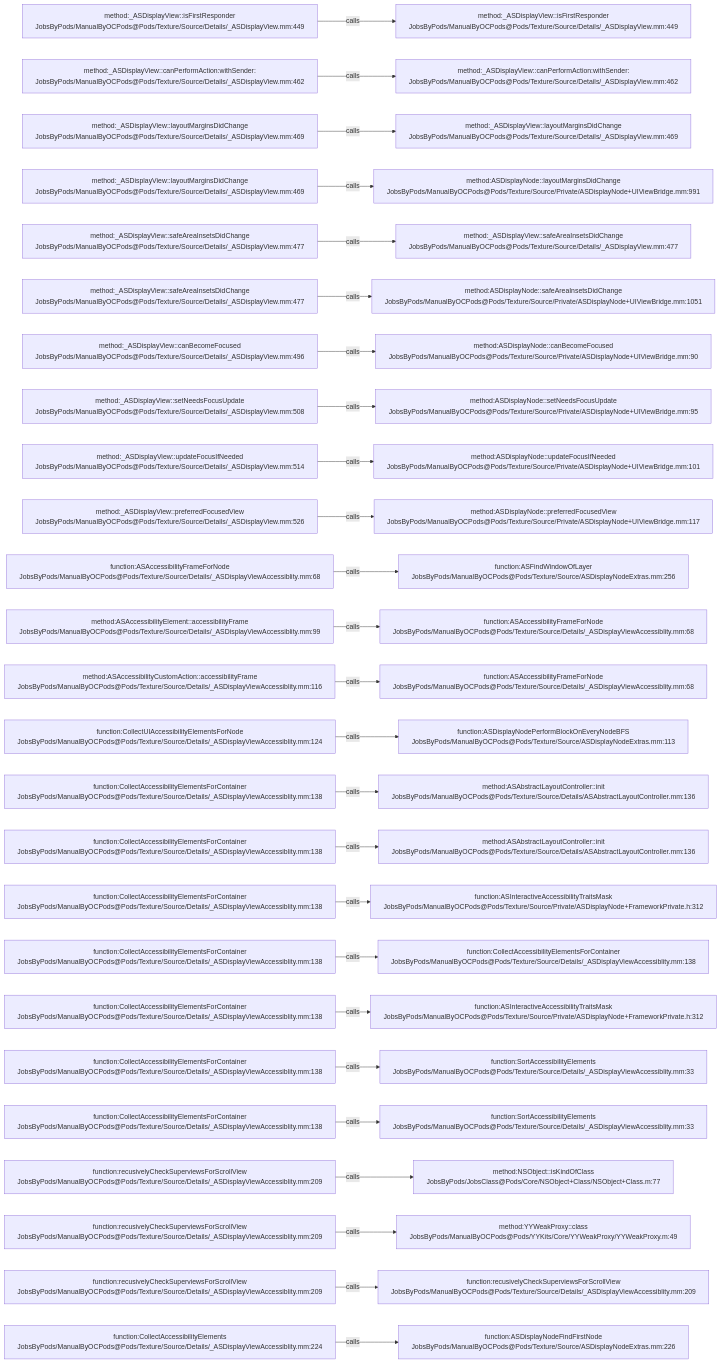
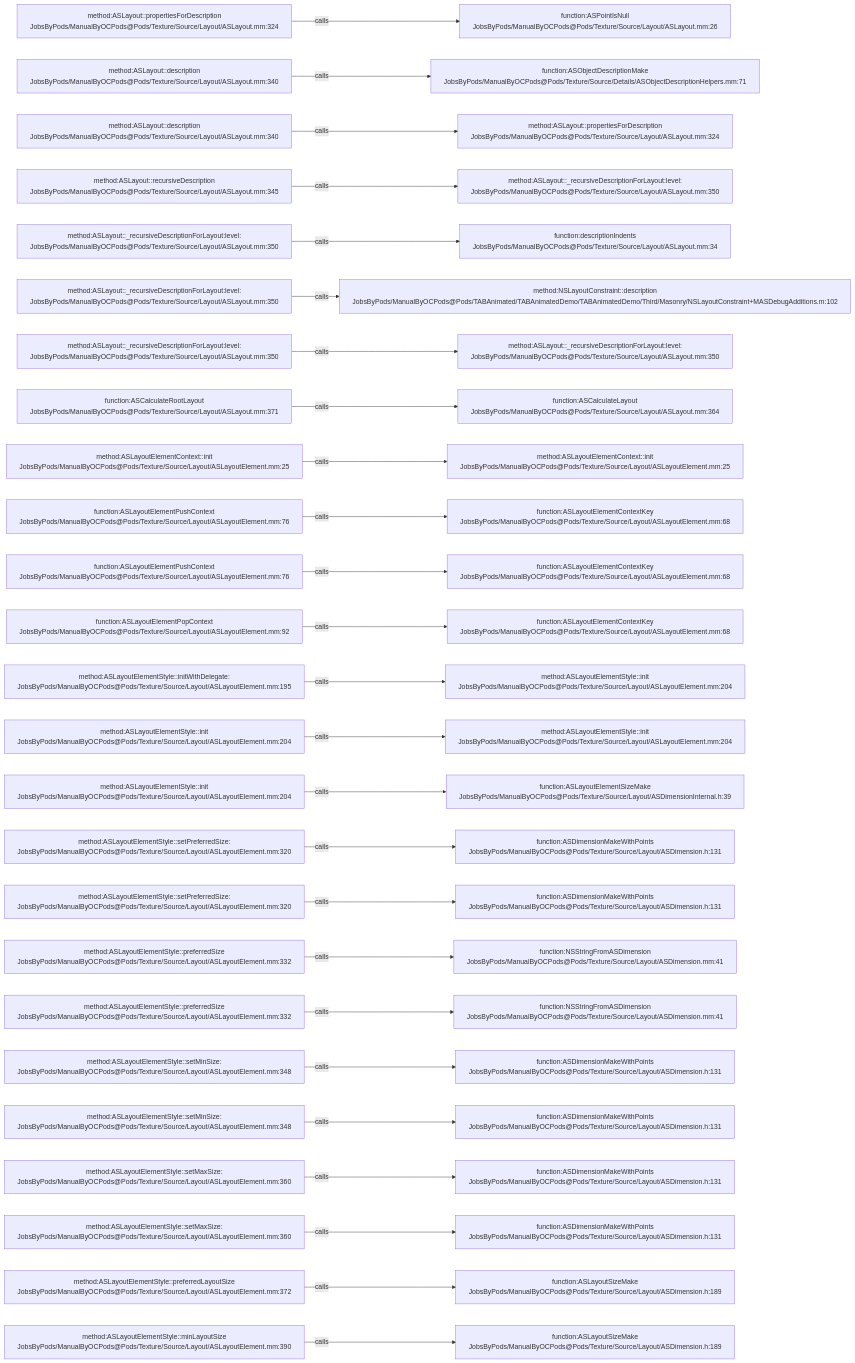
Before and after one commit to JobsKits/JobsOCBaseConfigDemo: the diagram in .codegraph/codegraph.md/graphs/calls-181.md, drawn with Mermaid. The commit also changed 1223 other files, not shown here.

````diff
--- a/.codegraph/codegraph.md/graphs/calls-181.md
+++ b/.codegraph/codegraph.md/graphs/calls-181.md
@@ -13,78 +13,78 @@
 ```mermaid
 flowchart LR
-  S1["method:_ASDisplayView::isFirstResponder<br/>JobsByPods/ManualByOCPods@Pods/Texture/Source/Details/_ASDisplayView.mm:449"]
-  T1["method:_ASDisplayView::isFirstResponder<br/>JobsByPods/ManualByOCPods@Pods/Texture/Source/Details/_ASDisplayView.mm:449"]
+  S1["method:ASLayout::propertiesForDescription<br/>JobsByPods/ManualByOCPods@Pods/Texture/Source/Layout/ASLayout.mm:324"]
+  T1["function:ASPointIsNull<br/>JobsByPods/ManualByOCPods@Pods/Texture/Source/Layout/ASLayout.mm:26"]
   S1 -->|calls| T1
-  S2["method:_ASDisplayView::canPerformAction:withSender:<br/>JobsByPods/ManualByOCPods@Pods/Texture/Source/Details/_ASDisplayView.mm:462"]
-  T2["method:_ASDisplayView::canPerformAction:withSender:<br/>JobsByPods/ManualByOCPods@Pods/Texture/Source/Details/_ASDisplayView.mm:462"]
+  S2["method:ASLayout::description<br/>JobsByPods/ManualByOCPods@Pods/Texture/Source/Layout/ASLayout.mm:340"]
+  T2["function:ASObjectDescriptionMake<br/>JobsByPods/ManualByOCPods@Pods/Texture/Source/Details/ASObjectDescriptionHelpers.mm:71"]
   S2 -->|calls| T2
-  S3["method:_ASDisplayView::layoutMarginsDidChange<br/>JobsByPods/ManualByOCPods@Pods/Texture/Source/Details/_ASDisplayView.mm:469"]
-  T3["method:_ASDisplayView::layoutMarginsDidChange<br/>JobsByPods/ManualByOCPods@Pods/Texture/Source/Details/_ASDisplayView.mm:469"]
+  S3["method:ASLayout::description<br/>JobsByPods/ManualByOCPods@Pods/Texture/Source/Layout/ASLayout.mm:340"]
+  T3["method:ASLayout::propertiesForDescription<br/>JobsByPods/ManualByOCPods@Pods/Texture/Source/Layout/ASLayout.mm:324"]
   S3 -->|calls| T3
-  S4["method:_ASDisplayView::layoutMarginsDidChange<br/>JobsByPods/ManualByOCPods@Pods/Texture/Source/Details/_ASDisplayView.mm:469"]
-  T4["method:ASDisplayNode::layoutMarginsDidChange<br/>JobsByPods/ManualByOCPods@Pods/Texture/Source/Private/ASDisplayNode+UIViewBridge.mm:991"]
+  S4["method:ASLayout::recursiveDescription<br/>JobsByPods/ManualByOCPods@Pods/Texture/Source/Layout/ASLayout.mm:345"]
+  T4["method:ASLayout::_recursiveDescriptionForLayout:level:<br/>JobsByPods/ManualByOCPods@Pods/Texture/Source/Layout/ASLayout.mm:350"]
   S4 -->|calls| T4
-  S5["method:_ASDisplayView::safeAreaInsetsDidChange<br/>JobsByPods/ManualByOCPods@Pods/Texture/Source/Details/_ASDisplayView.mm:477"]
-  T5["method:_ASDisplayView::safeAreaInsetsDidChange<br/>JobsByPods/ManualByOCPods@Pods/Texture/Source/Details/_ASDisplayView.mm:477"]
+  S5["method:ASLayout::_recursiveDescriptionForLayout:level:<br/>JobsByPods/ManualByOCPods@Pods/Texture/Source/Layout/ASLayout.mm:350"]
+  T5["function:descriptionIndents<br/>JobsByPods/ManualByOCPods@Pods/Texture/Source/Layout/ASLayout.mm:34"]
   S5 -->|calls| T5
-  S6["method:_ASDisplayView::safeAreaInsetsDidChange<br/>JobsByPods/ManualByOCPods@Pods/Texture/Source/Details/_ASDisplayView.mm:477"]
-  T6["method:ASDisplayNode::safeAreaInsetsDidChange<br/>JobsByPods/ManualByOCPods@Pods/Texture/Source/Private/ASDisplayNode+UIViewBridge.mm:1051"]
+  S6["method:ASLayout::_recursiveDescriptionForLayout:level:<br/>JobsByPods/ManualByOCPods@Pods/Texture/Source/Layout/ASLayout.mm:350"]
+  T6["method:NSLayoutConstraint::description<br/>JobsByPods/ManualByOCPods@Pods/TABAnimated/TABAnimatedDemo/TABAnimatedDemo/Third/Masonry/NSLayoutConstraint+MASDebugAdditions.m:102"]
   S6 -->|calls| T6
-  S7["method:_ASDisplayView::canBecomeFocused<br/>JobsByPods/ManualByOCPods@Pods/Texture/Source/Details/_ASDisplayView.mm:496"]
-  T7["method:ASDisplayNode::canBecomeFocused<br/>JobsByPods/ManualByOCPods@Pods/Texture/Source/Private/ASDisplayNode+UIViewBridge.mm:90"]
+  S7["method:ASLayout::_recursiveDescriptionForLayout:level:<br/>JobsByPods/ManualByOCPods@Pods/Texture/Source/Layout/ASLayout.mm:350"]
+  T7["method:ASLayout::_recursiveDescriptionForLayout:level:<br/>JobsByPods/ManualByOCPods@Pods/Texture/Source/Layout/ASLayout.mm:350"]
   S7 -->|calls| T7
-  S8["method:_ASDisplayView::setNeedsFocusUpdate<br/>JobsByPods/ManualByOCPods@Pods/Texture/Source/Details/_ASDisplayView.mm:508"]
-  T8["method:ASDisplayNode::setNeedsFocusUpdate<br/>JobsByPods/ManualByOCPods@Pods/Texture/Source/Private/ASDisplayNode+UIViewBridge.mm:95"]
+  S8["function:ASCalculateRootLayout<br/>JobsByPods/ManualByOCPods@Pods/Texture/Source/Layout/ASLayout.mm:371"]
+  T8["function:ASCalculateLayout<br/>JobsByPods/ManualByOCPods@Pods/Texture/Source/Layout/ASLayout.mm:364"]
   S8 -->|calls| T8
-  S9["method:_ASDisplayView::updateFocusIfNeeded<br/>JobsByPods/ManualByOCPods@Pods/Texture/Source/Details/_ASDisplayView.mm:514"]
-  T9["method:ASDisplayNode::updateFocusIfNeeded<br/>JobsByPods/ManualByOCPods@Pods/Texture/Source/Private/ASDisplayNode+UIViewBridge.mm:101"]
+  S9["method:ASLayoutElementContext::init<br/>JobsByPods/ManualByOCPods@Pods/Texture/Source/Layout/ASLayoutElement.mm:25"]
+  T9["method:ASLayoutElementContext::init<br/>JobsByPods/ManualByOCPods@Pods/Texture/Source/Layout/ASLayoutElement.mm:25"]
   S9 -->|calls| T9
-  S10["method:_ASDisplayView::preferredFocusedView<br/>JobsByPods/ManualByOCPods@Pods/Texture/Source/Details/_ASDisplayView.mm:526"]
-  T10["method:ASDisplayNode::preferredFocusedView<br/>JobsByPods/ManualByOCPods@Pods/Texture/Source/Private/ASDisplayNode+UIViewBridge.mm:117"]
+  S10["function:ASLayoutElementPushContext<br/>JobsByPods/ManualByOCPods@Pods/Texture/Source/Layout/ASLayoutElement.mm:76"]
+  T10["function:ASLayoutElementContextKey<br/>JobsByPods/ManualByOCPods@Pods/Texture/Source/Layout/ASLayoutElement.mm:68"]
   S10 -->|calls| T10
-  S11["function:ASAccessibilityFrameForNode<br/>JobsByPods/ManualByOCPods@Pods/Texture/Source/Details/_ASDisplayViewAccessiblity.mm:68"]
-  T11["function:ASFindWindowOfLayer<br/>JobsByPods/ManualByOCPods@Pods/Texture/Source/ASDisplayNodeExtras.mm:256"]
+  S11["function:ASLayoutElementPushContext<br/>JobsByPods/ManualByOCPods@Pods/Texture/Source/Layout/ASLayoutElement.mm:76"]
+  T11["function:ASLayoutElementContextKey<br/>JobsByPods/ManualByOCPods@Pods/Texture/Source/Layout/ASLayoutElement.mm:68"]
   S11 -->|calls| T11
-  S12["method:ASAccessibilityElement::accessibilityFrame<br/>JobsByPods/ManualByOCPods@Pods/Texture/Source/Details/_ASDisplayViewAccessiblity.mm:99"]
-  T12["function:ASAccessibilityFrameForNode<br/>JobsByPods/ManualByOCPods@Pods/Texture/Source/Details/_ASDisplayViewAccessiblity.mm:68"]
+  S12["function:ASLayoutElementPopContext<br/>JobsByPods/ManualByOCPods@Pods/Texture/Source/Layout/ASLayoutElement.mm:92"]
+  T12["function:ASLayoutElementContextKey<br/>JobsByPods/ManualByOCPods@Pods/Texture/Source/Layout/ASLayoutElement.mm:68"]
   S12 -->|calls| T12
-  S13["method:ASAccessibilityCustomAction::accessibilityFrame<br/>JobsByPods/ManualByOCPods@Pods/Texture/Source/Details/_ASDisplayViewAccessiblity.mm:116"]
-  T13["function:ASAccessibilityFrameForNode<br/>JobsByPods/ManualByOCPods@Pods/Texture/Source/Details/_ASDisplayViewAccessiblity.mm:68"]
+  S13["method:ASLayoutElementStyle::initWithDelegate:<br/>JobsByPods/ManualByOCPods@Pods/Texture/Source/Layout/ASLayoutElement.mm:195"]
+  T13["method:ASLayoutElementStyle::init<br/>JobsByPods/ManualByOCPods@Pods/Texture/Source/Layout/ASLayoutElement.mm:204"]
   S13 -->|calls| T13
-  S14["function:CollectUIAccessibilityElementsForNode<br/>JobsByPods/ManualByOCPods@Pods/Texture/Source/Details/_ASDisplayViewAccessiblity.mm:124"]
-  T14["function:ASDisplayNodePerformBlockOnEveryNodeBFS<br/>JobsByPods/ManualByOCPods@Pods/Texture/Source/ASDisplayNodeExtras.mm:113"]
+  S14["method:ASLayoutElementStyle::init<br/>JobsByPods/ManualByOCPods@Pods/Texture/Source/Layout/ASLayoutElement.mm:204"]
+  T14["method:ASLayoutElementStyle::init<br/>JobsByPods/ManualByOCPods@Pods/Texture/Source/Layout/ASLayoutElement.mm:204"]
   S14 -->|calls| T14
-  S15["function:CollectAccessibilityElementsForContainer<br/>JobsByPods/ManualByOCPods@Pods/Texture/Source/Details/_ASDisplayViewAccessiblity.mm:138"]
-  T15["method:ASAbstractLayoutController::init<br/>JobsByPods/ManualByOCPods@Pods/Texture/Source/Details/ASAbstractLayoutController.mm:136"]
+  S15["method:ASLayoutElementStyle::init<br/>JobsByPods/ManualByOCPods@Pods/Texture/Source/Layout/ASLayoutElement.mm:204"]
+  T15["function:ASLayoutElementSizeMake<br/>JobsByPods/ManualByOCPods@Pods/Texture/Source/Layout/ASDimensionInternal.h:39"]
   S15 -->|calls| T15
-  S16["function:CollectAccessibilityElementsForContainer<br/>JobsByPods/ManualByOCPods@Pods/Texture/Source/Details/_ASDisplayViewAccessiblity.mm:138"]
-  T16["method:ASAbstractLayoutController::init<br/>JobsByPods/ManualByOCPods@Pods/Texture/Source/Details/ASAbstractLayoutController.mm:136"]
+  S16["method:ASLayoutElementStyle::setPreferredSize:<br/>JobsByPods/ManualByOCPods@Pods/Texture/Source/Layout/ASLayoutElement.mm:320"]
+  T16["function:ASDimensionMakeWithPoints<br/>JobsByPods/ManualByOCPods@Pods/Texture/Source/Layout/ASDimension.h:131"]
   S16 -->|calls| T16
-  S17["function:CollectAccessibilityElementsForContainer<br/>JobsByPods/ManualByOCPods@Pods/Texture/Source/Details/_ASDisplayViewAccessiblity.mm:138"]
-  T17["function:ASInteractiveAccessibilityTraitsMask<br/>JobsByPods/ManualByOCPods@Pods/Texture/Source/Private/ASDisplayNode+FrameworkPrivate.h:312"]
+  S17["method:ASLayoutElementStyle::setPreferredSize:<br/>JobsByPods/ManualByOCPods@Pods/Texture/Source/Layout/ASLayoutElement.mm:320"]
+  T17["function:ASDimensionMakeWithPoints<br/>JobsByPods/ManualByOCPods@Pods/Texture/Source/Layout/ASDimension.h:131"]
   S17 -->|calls| T17
-  S18["function:CollectAccessibilityElementsForContainer<br/>JobsByPods/ManualByOCPods@Pods/Texture/Source/Details/_ASDisplayViewAccessiblity.mm:138"]
-  T18["function:CollectAccessibilityElementsForContainer<br/>JobsByPods/ManualByOCPods@Pods/Texture/Source/Details/_ASDisplayViewAccessiblity.mm:138"]
+  S18["method:ASLayoutElementStyle::preferredSize<br/>JobsByPods/ManualByOCPods@Pods/Texture/Source/Layout/ASLayoutElement.mm:332"]
+  T18["function:NSStringFromASDimension<br/>JobsByPods/ManualByOCPods@Pods/Texture/Source/Layout/ASDimension.mm:41"]
   S18 -->|calls| T18
-  S19["function:CollectAccessibilityElementsForContainer<br/>JobsByPods/ManualByOCPods@Pods/Texture/Source/Details/_ASDisplayViewAccessiblity.mm:138"]
-  T19["function:ASInteractiveAccessibilityTraitsMask<br/>JobsByPods/ManualByOCPods@Pods/Texture/Source/Private/ASDisplayNode+FrameworkPrivate.h:312"]
+  S19["method:ASLayoutElementStyle::preferredSize<br/>JobsByPods/ManualByOCPods@Pods/Texture/Source/Layout/ASLayoutElement.mm:332"]
+  T19["function:NSStringFromASDimension<br/>JobsByPods/ManualByOCPods@Pods/Texture/Source/Layout/ASDimension.mm:41"]
   S19 -->|calls| T19
-  S20["function:CollectAccessibilityElementsForContainer<br/>JobsByPods/ManualByOCPods@Pods/Texture/Source/Details/_ASDisplayViewAccessiblity.mm:138"]
-  T20["function:SortAccessibilityElements<br/>JobsByPods/ManualByOCPods@Pods/Texture/Source/Details/_ASDisplayViewAccessiblity.mm:33"]
+  S20["method:ASLayoutElementStyle::setMinSize:<br/>JobsByPods/ManualByOCPods@Pods/Texture/Source/Layout/ASLayoutElement.mm:348"]
+  T20["function:ASDimensionMakeWithPoints<br/>JobsByPods/ManualByOCPods@Pods/Texture/Source/Layout/ASDimension.h:131"]
   S20 -->|calls| T20
-  S21["function:CollectAccessibilityElementsForContainer<br/>JobsByPods/ManualByOCPods@Pods/Texture/Source/Details/_ASDisplayViewAccessiblity.mm:138"]
-  T21["function:SortAccessibilityElements<br/>JobsByPods/ManualByOCPods@Pods/Texture/Source/Details/_ASDisplayViewAccessiblity.mm:33"]
+  S21["method:ASLayoutElementStyle::setMinSize:<br/>JobsByPods/ManualByOCPods@Pods/Texture/Source/Layout/ASLayoutElement.mm:348"]
+  T21["function:ASDimensionMakeWithPoints<br/>JobsByPods/ManualByOCPods@Pods/Texture/Source/Layout/ASDimension.h:131"]
   S21 -->|calls| T21
-  S22["function:recusivelyCheckSuperviewsForScrollView<br/>JobsByPods/ManualByOCPods@Pods/Texture/Source/Details/_ASDisplayViewAccessiblity.mm:209"]
-  T22["method:NSObject::isKindOfClass<br/>JobsByPods/JobsClass@Pods/Core/NSObject+Class/NSObject+Class.m:77"]
+  S22["method:ASLayoutElementStyle::setMaxSize:<br/>JobsByPods/ManualByOCPods@Pods/Texture/Source/Layout/ASLayoutElement.mm:360"]
+  T22["function:ASDimensionMakeWithPoints<br/>JobsByPods/ManualByOCPods@Pods/Texture/Source/Layout/ASDimension.h:131"]
   S22 -->|calls| T22
-  S23["function:recusivelyCheckSuperviewsForScrollView<br/>JobsByPods/ManualByOCPods@Pods/Texture/Source/Details/_ASDisplayViewAccessiblity.mm:209"]
-  T23["method:YYWeakProxy::class<br/>JobsByPods/ManualByOCPods@Pods/YYKits/Core/YYWeakProxy/YYWeakProxy.m:49"]
+  S23["method:ASLayoutElementStyle::setMaxSize:<br/>JobsByPods/ManualByOCPods@Pods/Texture/Source/Layout/ASLayoutElement.mm:360"]
+  T23["function:ASDimensionMakeWithPoints<br/>JobsByPods/ManualByOCPods@Pods/Texture/Source/Layout/ASDimension.h:131"]
   S23 -->|calls| T23
-  S24["function:recusivelyCheckSuperviewsForScrollView<br/>JobsByPods/ManualByOCPods@Pods/Texture/Source/Details/_ASDisplayViewAccessiblity.mm:209"]
-  T24["function:recusivelyCheckSuperviewsForScrollView<br/>JobsByPods/ManualByOCPods@Pods/Texture/Source/Details/_ASDisplayViewAccessiblity.mm:209"]
+  S24["method:ASLayoutElementStyle::preferredLayoutSize<br/>JobsByPods/ManualByOCPods@Pods/Texture/Source/Layout/ASLayoutElement.mm:372"]
+  T24["function:ASLayoutSizeMake<br/>JobsByPods/ManualByOCPods@Pods/Texture/Source/Layout/ASDimension.h:189"]
   S24 -->|calls| T24
-  S25["function:CollectAccessibilityElements<br/>JobsByPods/ManualByOCPods@Pods/Texture/Source/Details/_ASDisplayViewAccessiblity.mm:224"]
-  T25["function:ASDisplayNodeFindFirstNode<br/>JobsByPods/ManualByOCPods@Pods/Texture/Source/ASDisplayNodeExtras.mm:226"]
+  S25["method:ASLayoutElementStyle::minLayoutSize<br/>JobsByPods/ManualByOCPods@Pods/Texture/Source/Layout/ASLayoutElement.mm:390"]
+  T25["function:ASLayoutSizeMake<br/>JobsByPods/ManualByOCPods@Pods/Texture/Source/Layout/ASDimension.h:189"]
   S25 -->|calls| T25
 ```
````
